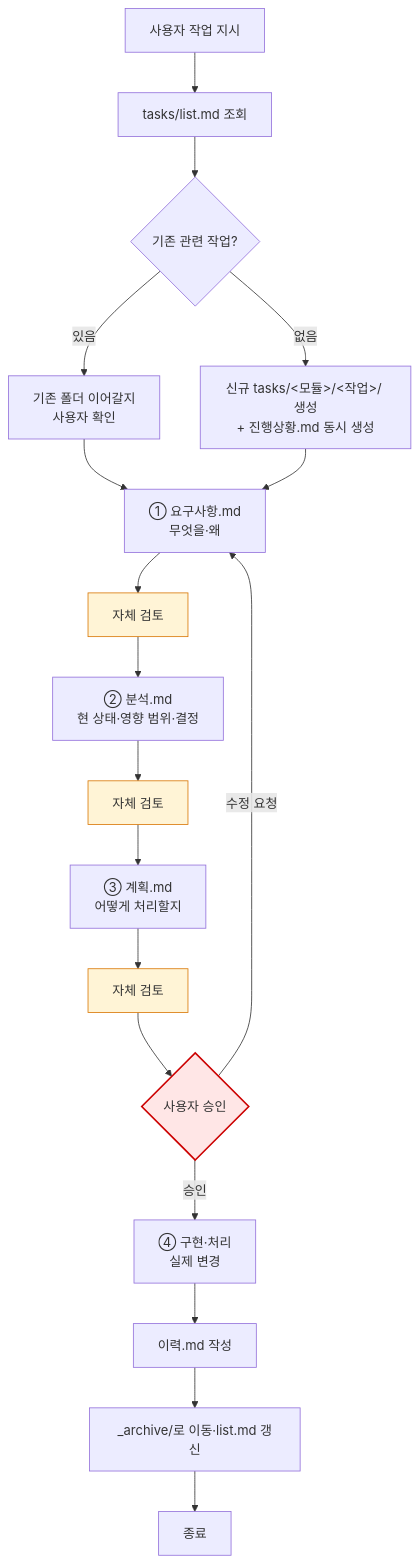
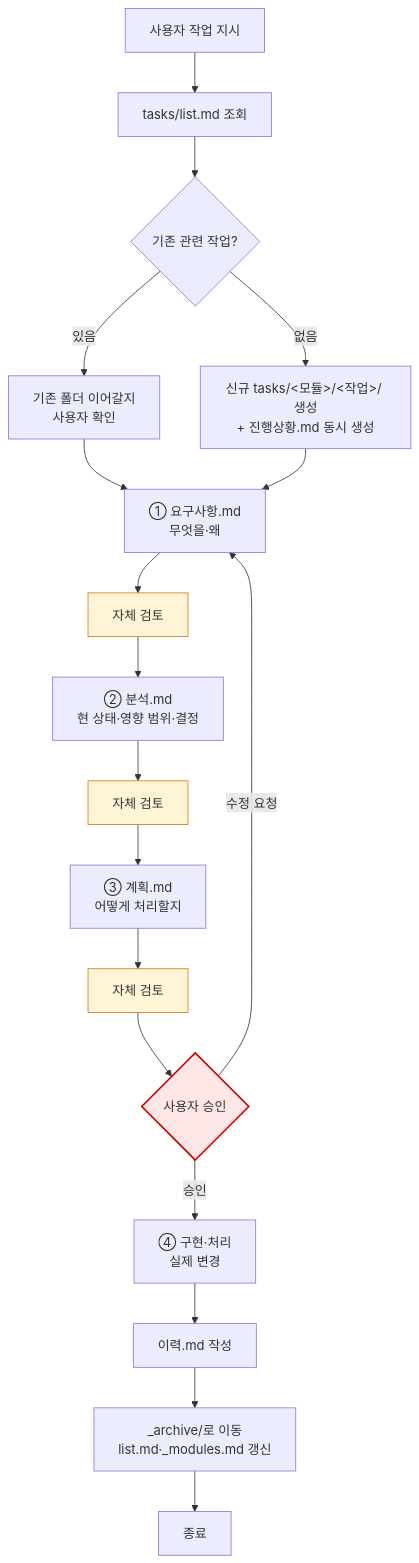
Before and after one commit to eskim-todoc/claude: the diagram in docs/지침/일반/작업 진행 규칙.md, drawn with Mermaid. The commit also changed 2 other files, not shown here.

Commit message:
fix(meta): archive 흐름의 _modules.md 갱신 자기참조 누락 보완 (마스터 체크리스트·§2 mermaid·§4.4 갱신 이벤트)

````diff
--- a/docs/지침/일반/작업 진행 규칙.md
+++ b/docs/지침/일반/작업 진행 규칙.md
@@ -29,26 +29,26 @@
 ```mermaid
 flowchart TD
     A["사용자 작업 지시"] --> B[tasks/list.md 조회]
     B --> C{기존 관련 작업?}
     C -->|있음| D[기존 폴더 이어갈지<br/>사용자 확인]
     C -->|없음| E[신규 tasks/&lt;모듈&gt;/&lt;작업&gt;/ 생성<br/>+ 진행상황.md 동시 생성]
     D --> F
     E --> F
     F["① 요구사항.md<br/>무엇을·왜"]
     F --> F1["자체 검토"]
     F1 --> G["② 분석.md<br/>현 상태·영향 범위·결정"]
     G --> G1["자체 검토"]
     G1 --> H["③ 계획.md<br/>어떻게 처리할지"]
     H --> H1["자체 검토"]
     H1 --> I{사용자 승인}
     I -->|수정 요청| F
     I -->|승인| J["④ 구현·처리<br/>실제 변경"]
     J --> K["이력.md 작성"]
-    K --> L["_archive/로 이동·list.md 갱신"]
+    K --> L["_archive/로 이동<br/>list.md·_modules.md 갱신"]
     L --> M[종료]
 
     classDef review fill:#fff4d6,stroke:#d97706
     classDef approval fill:#ffe6e6,stroke:#c00,stroke-width:2px
     class F1,G1,H1 review
     class I approval
 ```
````
